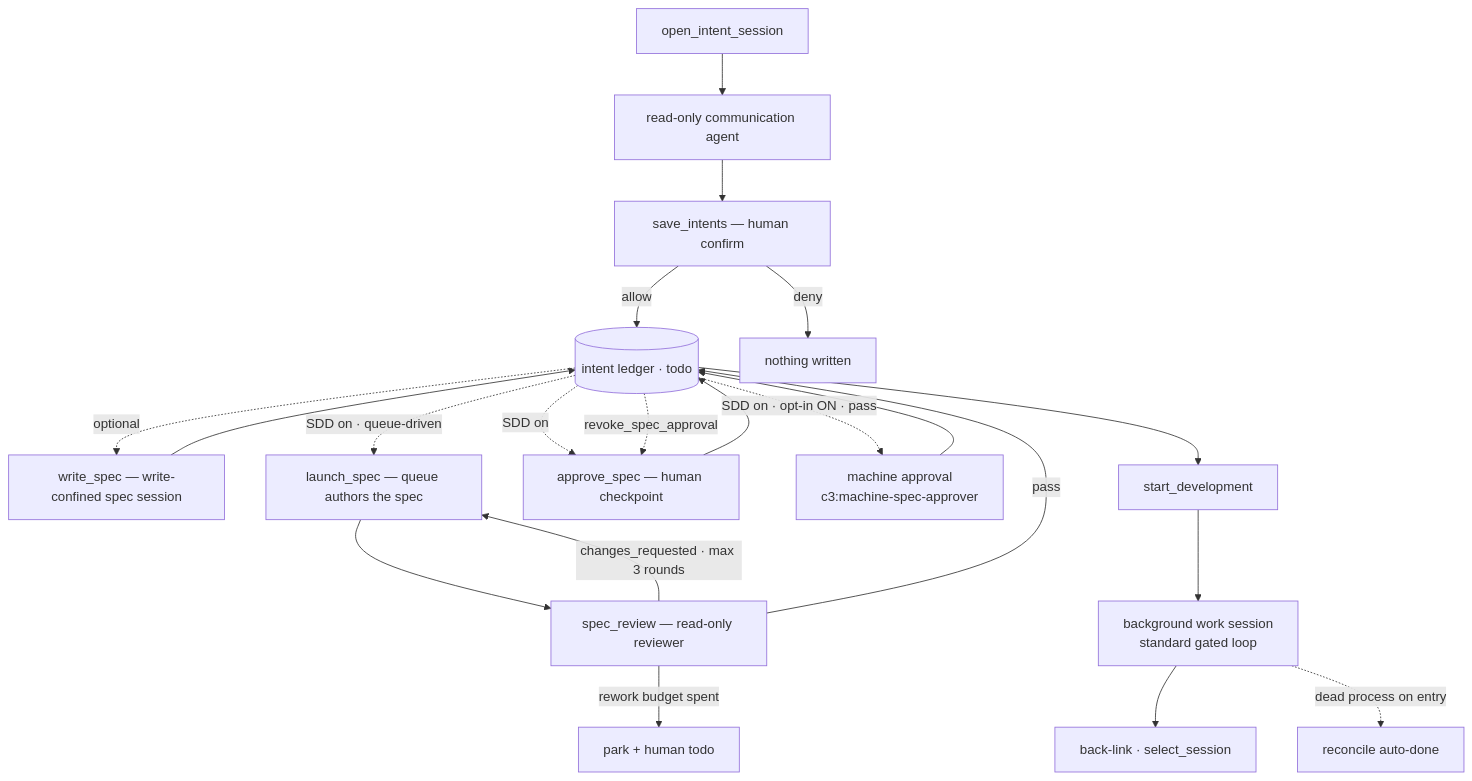
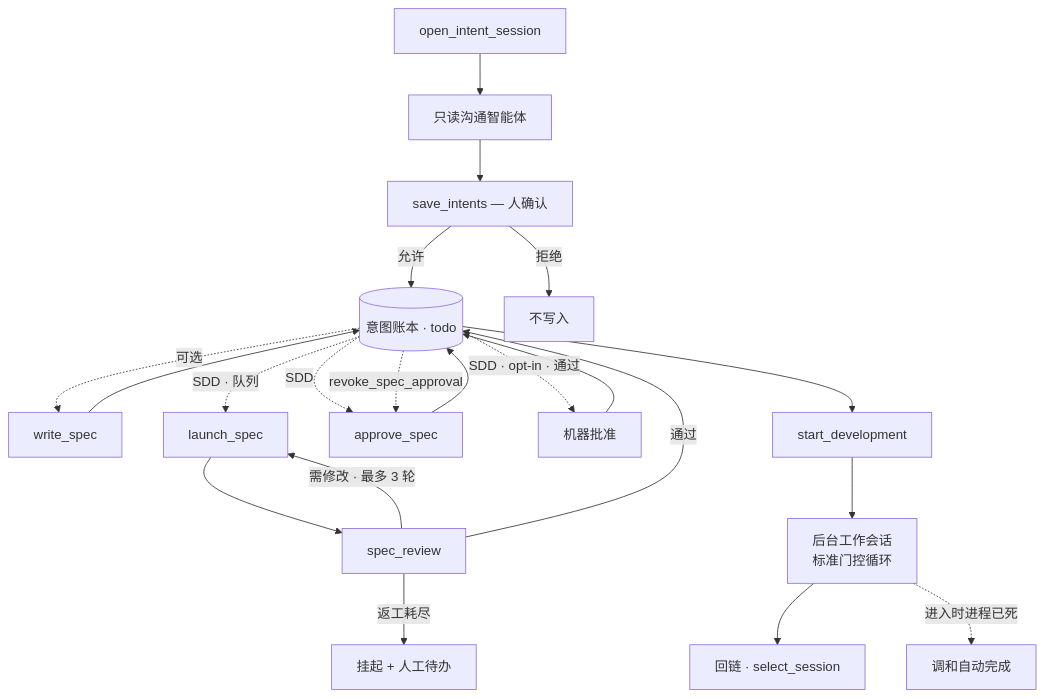
Before and after one commit to sequencestream/c3: the diagram in doc/flows/flow-intent-to-development.md, drawn with Mermaid. The commit also changed other lines of this file and 128 other files, not shown here.

````diff
--- a/doc/flows/flow-intent-to-development.md
+++ b/doc/flows/flow-intent-to-development.md
@@ -16,23 +11,23 @@
 ```mermaid
 flowchart TD
-    IDEA[open_intent_session] --> COMM[read-only communication agent]
-    COMM --> SAVE[save_intents — human confirm]
-    SAVE -- allow --> LEDGER[(intent ledger · todo)]
-    SAVE -- deny --> X[nothing written]
-    LEDGER -. optional .-> SPEC[write_spec — write-confined spec session]
+    IDEA[open_intent_session] --> COMM[只读沟通智能体]
+    COMM --> SAVE[save_intents — 人确认]
+    SAVE -- 允许 --> LEDGER[(意图账本 · todo)]
+    SAVE -- 拒绝 --> X[不写入]
+    LEDGER -. 可选 .-> SPEC[write_spec]
     SPEC --> LEDGER
-    LEDGER -. SDD on · queue-driven .-> QSPEC[launch_spec — queue authors the spec]
-    QSPEC --> REVIEW[spec_review — read-only reviewer]
-    REVIEW -- changes_requested · max 3 rounds --> QSPEC
-    REVIEW -- rework budget spent --> TODO[park + human todo]
-    REVIEW -- pass --> LEDGER
-    LEDGER -. SDD on .-> APPROVE[approve_spec — human checkpoint]
-    LEDGER -. SDD on · opt-in ON · pass .-> MAPPROVE[machine approval<br/>c3:machine-spec-approver]
+    LEDGER -. SDD · 队列 .-> QSPEC[launch_spec]
+    QSPEC --> REVIEW[spec_review]
+    REVIEW -- 需修改 · 最多 3 轮 --> QSPEC
+    REVIEW -- 返工耗尽 --> TODO[挂起 + 人工待办]
+    REVIEW -- 通过 --> LEDGER
+    LEDGER -. SDD .-> APPROVE[approve_spec]
+    LEDGER -. SDD · opt-in · 通过 .-> MAPPROVE[机器批准]
     APPROVE --> LEDGER
     MAPPROVE --> LEDGER
     LEDGER -. revoke_spec_approval .-> APPROVE
     LEDGER --> LAUNCH[start_development]
-    LAUNCH --> DEV[background work session<br/>standard gated loop]
-    DEV --> LINK[back-link · select_session]
-    DEV -. dead process on entry .-> REC[reconcile auto-done]
+    LAUNCH --> DEV[后台工作会话<br/>标准门控循环]
+    DEV --> LINK[回链 · select_session]
+    DEV -. 进入时进程已死 .-> REC[调和自动完成]
 ```
````
